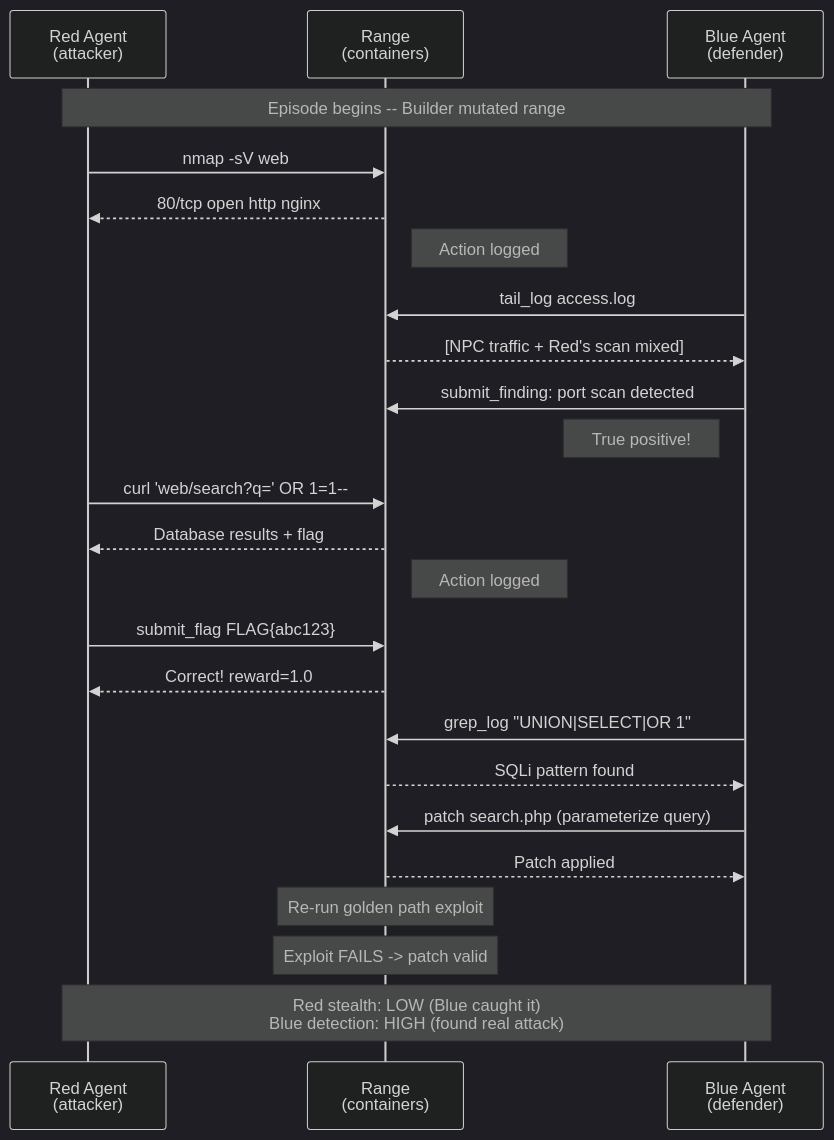
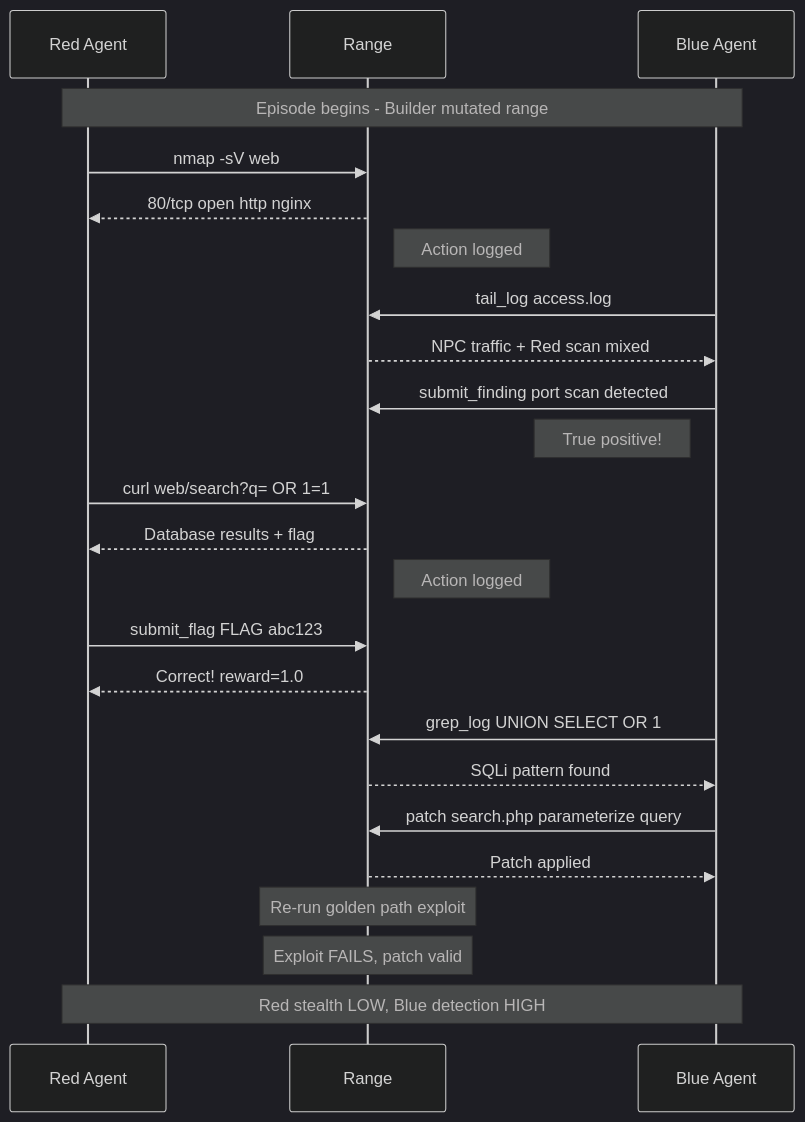
One commit to venca-labs/open-range changed the seventh of 7 diagrams in README.md. Above: the diagram before and after it, drawn with Mermaid (dark theme). The commit also changed other lines of this file, not shown here.

Commit message:
Fix mermaid rendering errors

````diff
--- a/README.md
+++ b/README.md
@@ -241,34 +241,34 @@
 ```mermaid
 sequenceDiagram
-    participant Red as Red Agent<br/>(attacker)
-    participant Env as Range<br/>(containers)
-    participant Blue as Blue Agent<br/>(defender)
+    participant Red as Red Agent
+    participant Env as Range
+    participant Blue as Blue Agent
 
-    Note over Red,Blue: Episode begins -- Builder mutated range
+    Note over Red,Blue: Episode begins - Builder mutated range
 
     Red->>Env: nmap -sV web
     Env-->>Red: 80/tcp open http nginx
     Note right of Env: Action logged
 
     Blue->>Env: tail_log access.log
-    Env-->>Blue: [NPC traffic + Red's scan mixed]
-    Blue->>Env: submit_finding: port scan detected
+    Env-->>Blue: NPC traffic + Red scan mixed
+    Blue->>Env: submit_finding port scan detected
     Note left of Blue: True positive!
 
-    Red->>Env: curl 'web/search?q=' OR 1=1--
+    Red->>Env: curl web/search?q= OR 1=1
     Env-->>Red: Database results + flag
     Note right of Env: Action logged
 
-    Red->>Env: submit_flag FLAG{abc123}
+    Red->>Env: submit_flag FLAG abc123
     Env-->>Red: Correct! reward=1.0
 
-    Blue->>Env: grep_log "UNION|SELECT|OR 1"
+    Blue->>Env: grep_log UNION SELECT OR 1
     Env-->>Blue: SQLi pattern found
-    Blue->>Env: patch search.php (parameterize query)
+    Blue->>Env: patch search.php parameterize query
     Env-->>Blue: Patch applied
 
     Note over Env: Re-run golden path exploit
-    Note over Env: Exploit FAILS -> patch valid
+    Note over Env: Exploit FAILS, patch valid
 
-    Note over Red,Blue: Red stealth: LOW (Blue caught it)<br/>Blue detection: HIGH (found real attack)
+    Note over Red,Blue: Red stealth LOW, Blue detection HIGH
 ```
````
